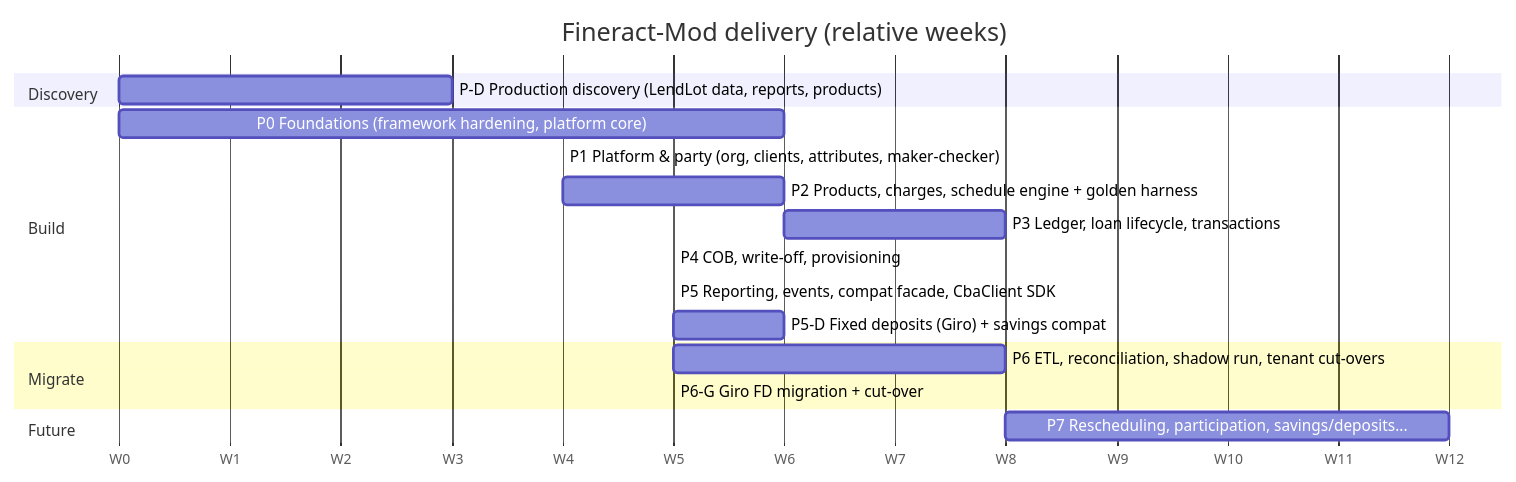
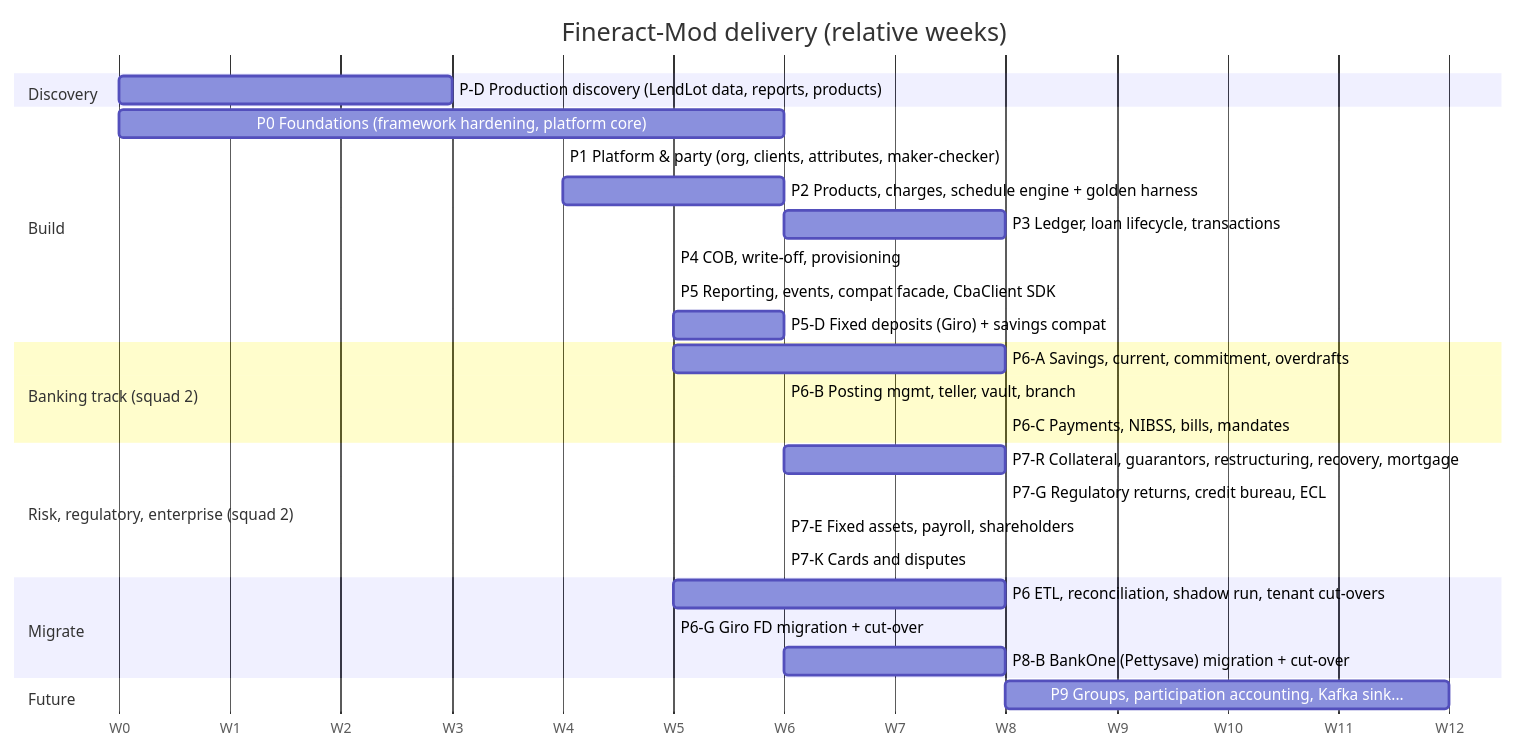
The diagram in docs/blueprint/06-roadmap.md (VeendHQ/veend-core-banking), drawn with Mermaid before and after one commit. The commit also changed other lines of this file and 47 other files, not shown here.

First line of the commit message:
Add Shareholder Management and Teller Branch Cash modules; review Recovery Team submission

````diff
--- a/docs/blueprint/06-roadmap.md
+++ b/docs/blueprint/06-roadmap.md
@@ -11,21 +12,31 @@
 ```mermaid
 gantt
     title Fineract-Mod delivery (relative weeks)
     dateFormat X
     axisFormat W%s
     section Discovery
     P-D Production discovery (LendLot data, reports, products)   :pd, 0, 3
     section Build
     P0 Foundations (framework hardening, platform core)          :p0, 0, 6
     P1 Platform & party (org, clients, attributes, maker-checker) :p1, after p0, 4
     P2 Products, charges, schedule engine + golden harness       :p2, after p1, 6
     P3 Ledger, loan lifecycle, transactions                       :p3, after p2, 8
     P4 COB, write-off, provisioning                               :p4, after p3, 5
     P5 Reporting, events, compat facade, CbaClient SDK            :p5, after p4, 5
     P5-D Fixed deposits (Giro) + savings compat                    :p5d, after p4, 6
+    section Banking track (squad 2)
+    P6-A Savings, current, commitment, overdrafts                  :p6a, after p4, 8
+    P6-B Posting mgmt, teller, vault, branch                       :p6b, after p6a, 6
+    P6-C Payments, NIBSS, bills, mandates                          :p6c, after p6a, 8
+    section Risk, regulatory, enterprise (squad 2)
+    P7-R Collateral, guarantors, restructuring, recovery, mortgage :p7r, after p6b, 8
+    P7-G Regulatory returns, credit bureau, ECL                    :p7g, after p6c, 8
+    P7-E Fixed assets, payroll, shareholders                       :p7e, after p7r, 6
+    P7-K Cards and disputes                                        :p7k, after p7g, 6
     section Migrate
     P6 ETL, reconciliation, shadow run, tenant cut-overs          :p6, after p5, 8
     P6-G Giro FD migration + cut-over                              :p6g, after p5d, 5
+    P8-B BankOne (Pettysave) migration + cut-over                  :p8b, after p7k, 8
     section Future
-    P7 Rescheduling, participation, savings/deposits...           :p7, after p6, 12
+    P9 Groups, participation accounting, Kafka sink...            :p9, after p8b, 12
 ```
````
